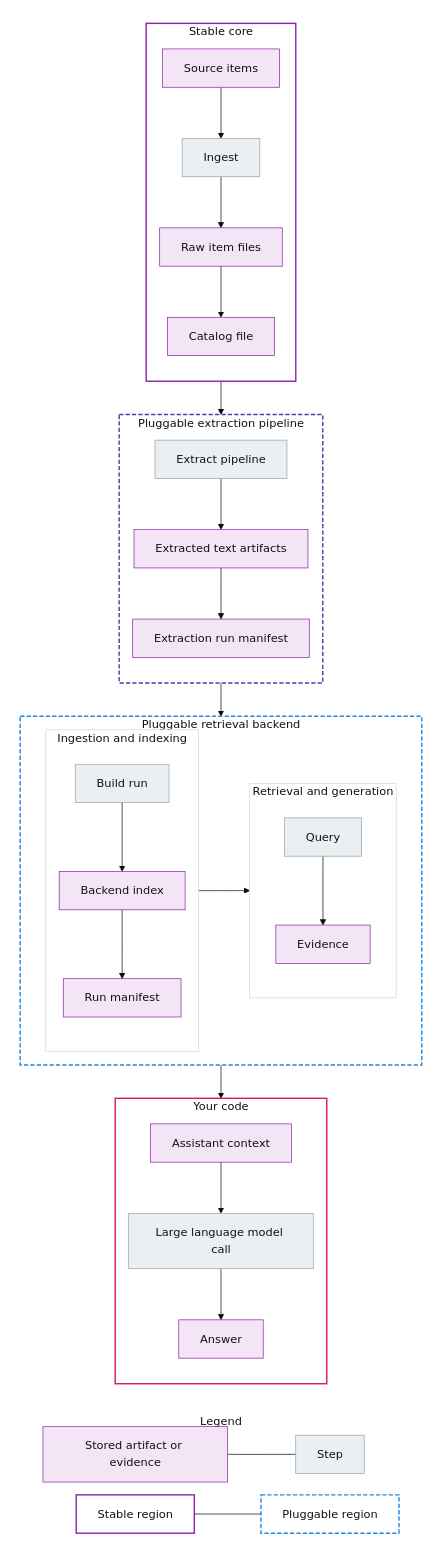
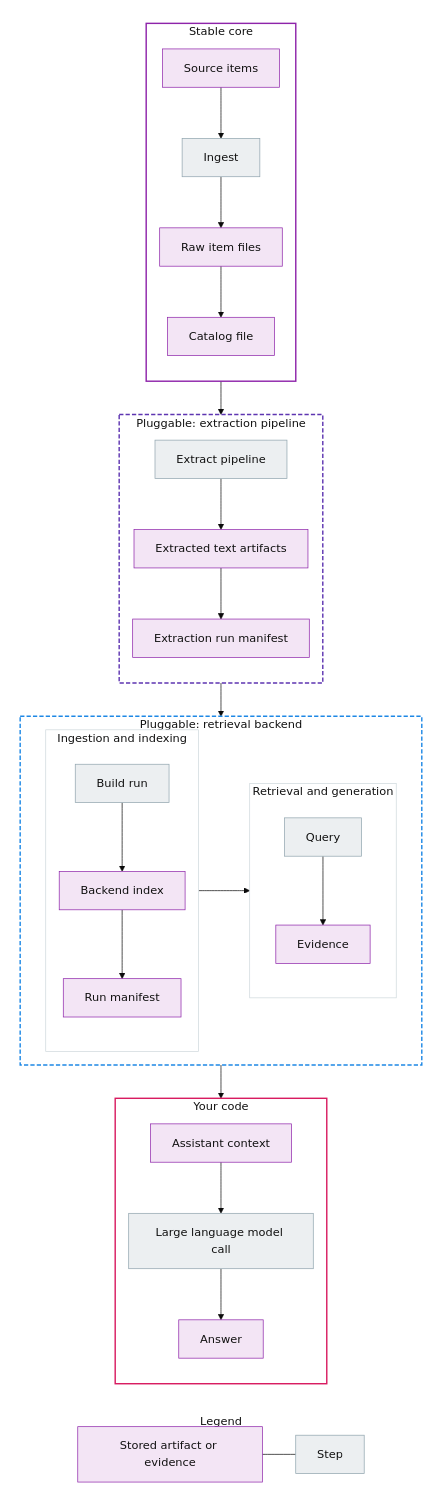
The diagram in README.md (AnthusAI/Biblicus), drawn with Mermaid (base theme) before and after one commit. The commit also changed other lines of this file and 19 other files, not shown here.

````diff
--- a/README.md
+++ b/README.md
@@ -48,10 +48,7 @@
     direction LR
     LegendArtifact[Stored artifact or evidence]
     LegendStep[Step]
-    LegendStable[Stable region]
-    LegendPluggable[Pluggable region]
     LegendArtifact --- LegendStep
-    LegendStable --- LegendPluggable
   end
 
   subgraph Main[" "]
@@ -64,14 +61,14 @@
       Raw --> Catalog[Catalog file]
     end
 
-    subgraph PluggableExtractionPipeline[Pluggable extraction pipeline]
+    subgraph PluggableExtractionPipeline[Pluggable: extraction pipeline]
       direction TB
       Catalog --> Extract[Extract pipeline]
       Extract --> ExtractedText[Extracted text artifacts]
       ExtractedText --> ExtractionRun[Extraction run manifest]
     end
 
-    subgraph PluggableRetrievalBackend[Pluggable retrieval backend]
+    subgraph PluggableRetrievalBackend[Pluggable: retrieval backend]
       direction LR
 
       subgraph BackendIngestionIndexing[Ingestion and indexing]
@@ -125,6 +122,4 @@
   style Main fill:#ffffff,stroke:#ffffff,color:#111111
   style LegendArtifact fill:#f3e5f5,stroke:#8e24aa,color:#111111
   style LegendStep fill:#eceff1,stroke:#90a4ae,color:#111111
-  style LegendStable fill:#ffffff,stroke:#8e24aa,stroke-width:2px,color:#111111
-  style LegendPluggable fill:#ffffff,stroke:#1e88e5,stroke-dasharray:6 3,stroke-width:2px,color:#111111
 ```
````
